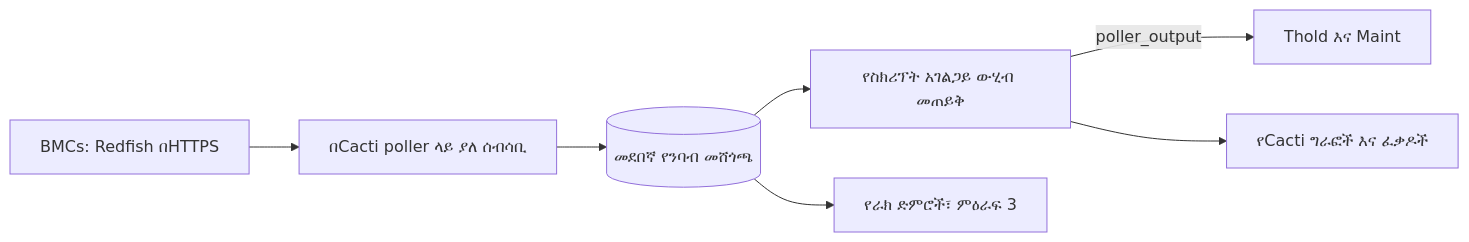
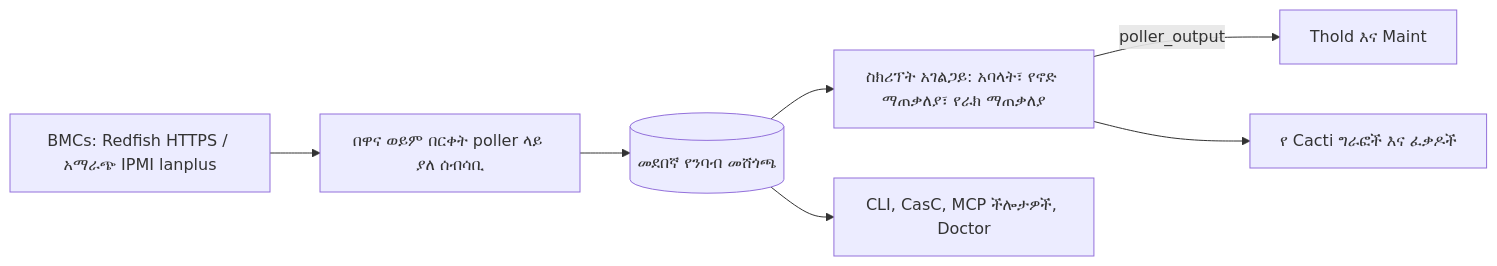
One commit to somethingwithproof/plugin_redfish changed the diagram in docs/i18n/am-ET/README.md. Above: the diagram before and after it, drawn with Mermaid. The commit also changed other lines of this file and 47 other files, not shown here.

````diff
--- a/docs/i18n/am-ET/README.md
+++ b/docs/i18n/am-ET/README.md
@@ -90,9 +140,9 @@
 ```mermaid
 flowchart LR
-    BMC["BMCs: Redfish በHTTPS"] --> C["በCacti poller ላይ ያለ ሰብሳቢ"]
+    BMC["BMCs: Redfish HTTPS / አማራጭ IPMI lanplus"] --> C["በዋና ወይም በርቀት poller ላይ ያለ ሰብሳቢ"]
     C --> CACHE[("መደበኛ የንባብ መሸጎጫ")]
-    CACHE --> SS["የስክሪፕት አገልጋይ ውሂብ መጠይቅ"]
+    CACHE --> SS["ስክሪፕት አገልጋይ: አባላት፣ የኖድ ማጠቃለያ፣ የራክ ማጠቃለያ"]
     SS -->|poller_output| T["Thold እና Maint"]
-    SS --> G["የCacti ግራፎች እና ፈቃዶች"]
-    CACHE --> R["የራክ ድምሮች፣ ምዕራፍ 3"]
+    SS --> G["የ Cacti ግራፎች እና ፈቃዶች"]
+    CACHE --> ECO["CLI, CasC, MCP ችሎታዎች, Doctor"]
 ```
````
